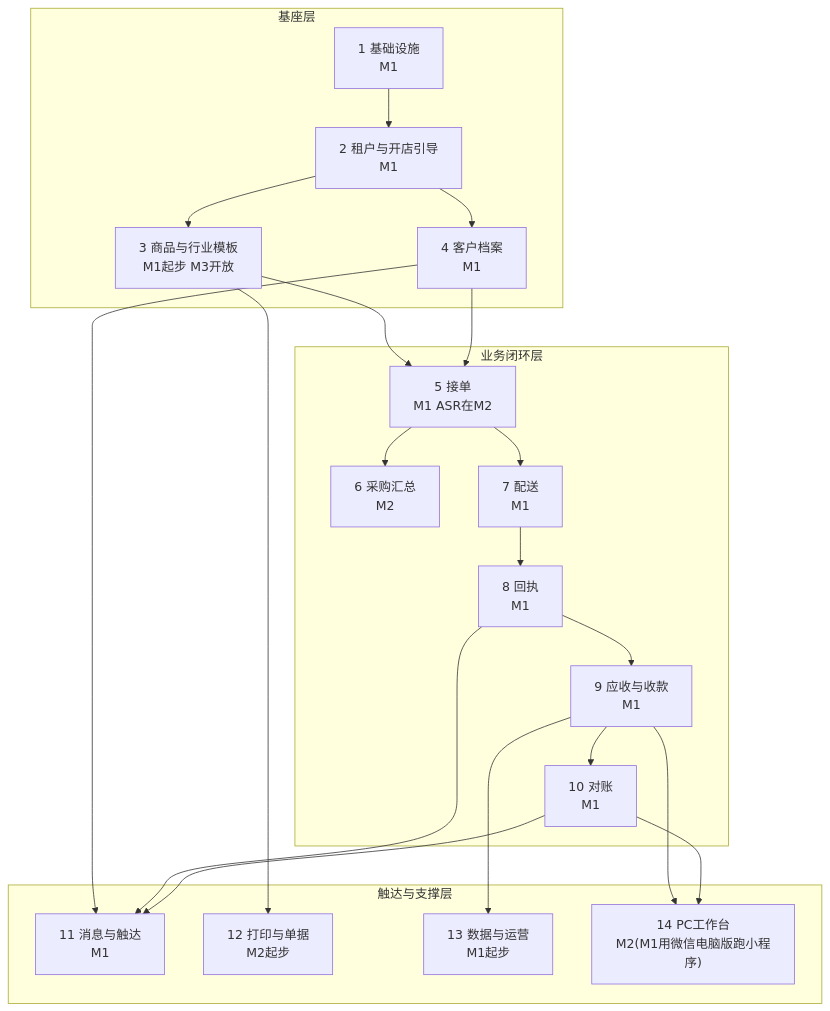
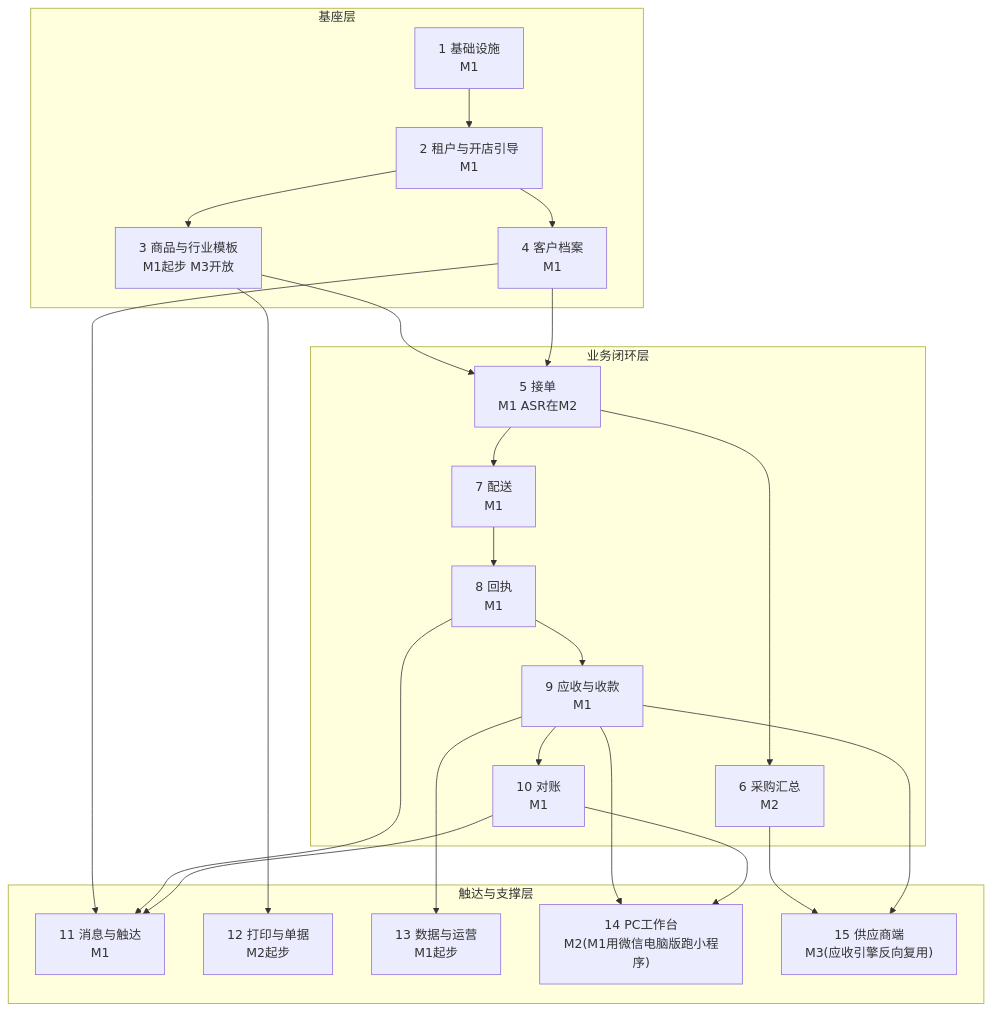
One commit to kingwonn/smbfortaste changed the diagram in design/06-功能拆解与实现计划.md. Above: the diagram before and after it, drawn with Mermaid. The commit also changed other lines of this file and 3 other files, not shown here.

````diff
--- a/design/06-功能拆解与实现计划.md
+++ b/design/06-功能拆解与实现计划.md
@@ -9,35 +9,38 @@
 ```mermaid
 flowchart TB
     subgraph BASE["基座层"]
         A1["1 基础设施<br/>M1"]
         A2["2 租户与开店引导<br/>M1"]
         A3["3 商品与行业模板<br/>M1起步 M3开放"]
         A4["4 客户档案<br/>M1"]
     end
     subgraph CORE["业务闭环层"]
         B5["5 接单<br/>M1 ASR在M2"]
         B6["6 采购汇总<br/>M2"]
         B7["7 配送<br/>M1"]
         B8["8 回执<br/>M1"]
         B9["9 应收与收款<br/>M1"]
         B10["10 对账<br/>M1"]
     end
     subgraph REACH["触达与支撑层"]
         C11["11 消息与触达<br/>M1"]
         C12["12 打印与单据<br/>M2起步"]
         C13["13 数据与运营<br/>M1起步"]
         C14["14 PC工作台<br/>M2(M1用微信电脑版跑小程序)"]
+        C15["15 供应商端<br/>M3(应收引擎反向复用)"]
     end
     A1 --> A2 --> A3
     A2 --> A4
     A3 --> B5
     A4 --> B5 --> B6
     B5 --> B7 --> B8 --> B9 --> B10
     A4 --> C11
     B8 --> C11
     B10 --> C11
     A3 --> C12
     B9 --> C13
     B9 --> C14
     B10 --> C14
+    B6 --> C15
+    B9 --> C15
 ```
````
